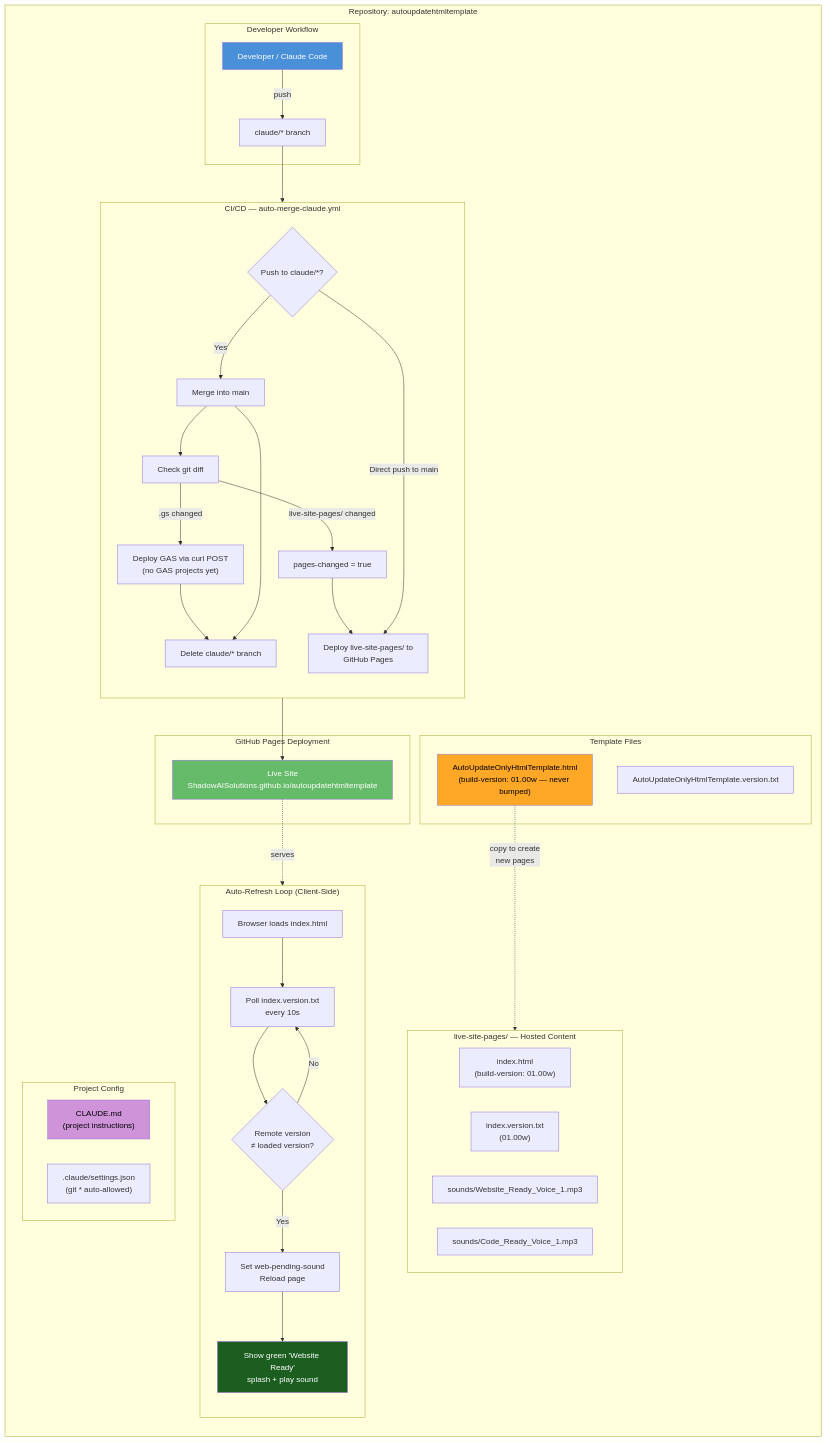
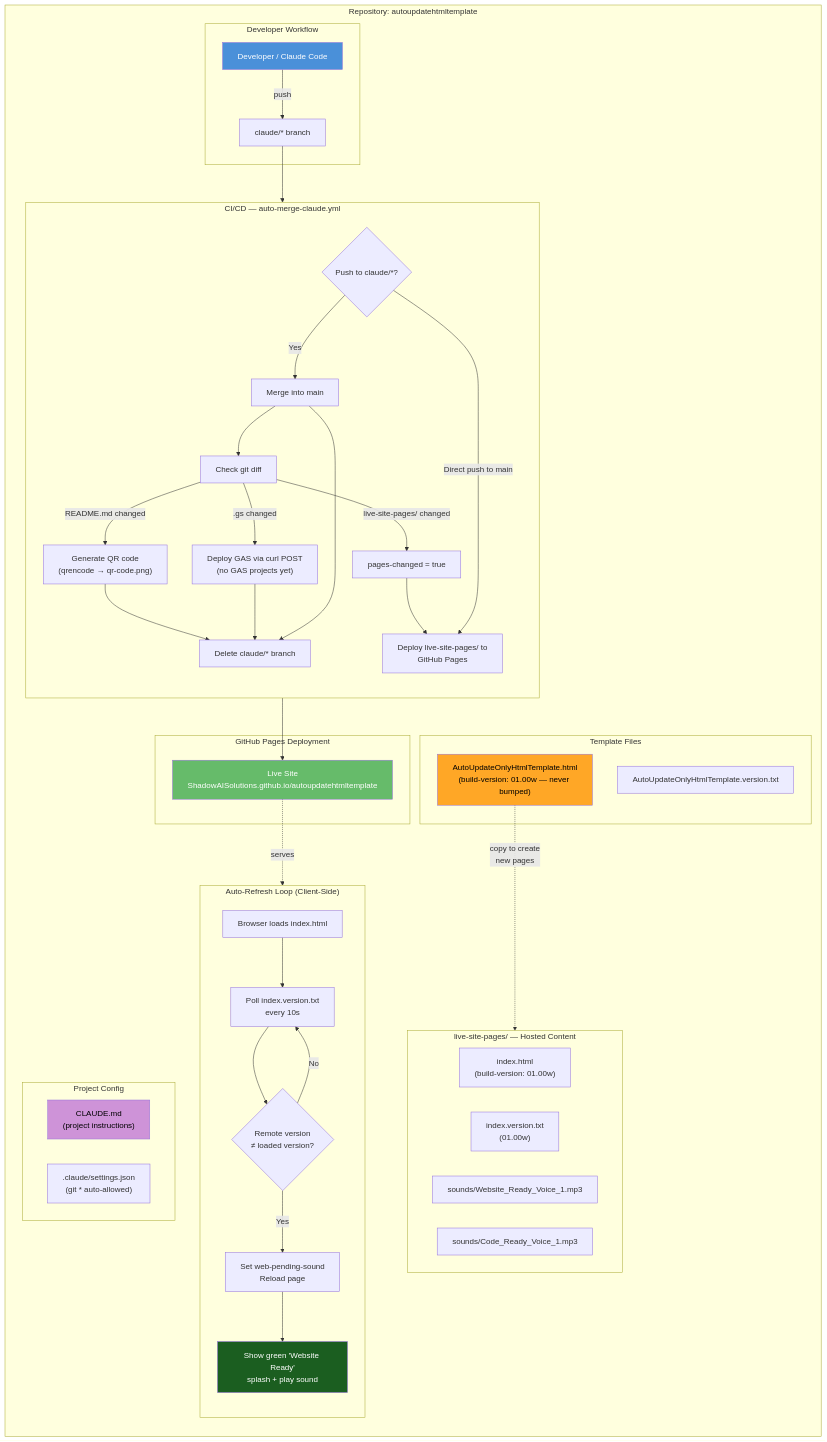
The diagram in repository-information/ARCHITECTURE.md (ShadowAISolutions/htmltemplateautoupdate), drawn with Mermaid before and after one commit. The commit also changed 3 other files, not shown here.

````diff
--- a/repository-information/ARCHITECTURE.md
+++ b/repository-information/ARCHITECTURE.md
@@ -3,73 +3,75 @@
 ```mermaid
 graph TB
     subgraph "Repository: autoupdatehtmltemplate"
         direction TB
 
         subgraph "Developer Workflow"
             DEV["Developer / Claude Code"]
             CB["claude/* branch"]
             DEV -->|"push"| CB
         end
 
         subgraph "CI/CD — auto-merge-claude.yml"
             direction TB
             TRIGGER{"Push to claude/*?"}
             CB --> TRIGGER
             TRIGGER -->|Yes| MERGE["Merge into main"]
             MERGE --> DIFF["Check git diff"]
             DIFF -->|"live-site-pages/ changed"| PAGES_FLAG["pages-changed = true"]
             DIFF -->|".gs changed"| GAS_DEPLOY["Deploy GAS via curl POST\n(no GAS projects yet)"]
+            DIFF -->|"README.md changed"| QR_GEN["Generate QR code\n(qrencode → qr-code.png)"]
+            QR_GEN --> DELETE_BR
             GAS_DEPLOY --> DELETE_BR
             MERGE --> DELETE_BR["Delete claude/* branch"]
             PAGES_FLAG --> DEPLOY_PAGES
             TRIGGER -->|"Direct push to main"| DEPLOY_PAGES
         end
 
         subgraph "GitHub Pages Deployment"
             DEPLOY_PAGES["Deploy live-site-pages/ to\nGitHub Pages"]
             LIVE["Live Site\nShadowAISolutions.github.io/autoupdatehtmltemplate"]
             DEPLOY_PAGES --> LIVE
         end
 
         subgraph "live-site-pages/ — Hosted Content"
             direction LR
             INDEX["index.html\n(build-version: 01.00w)"]
             VERTXT["index.version.txt\n(01.00w)"]
             SND1["sounds/Website_Ready_Voice_1.mp3"]
             SND2["sounds/Code_Ready_Voice_1.mp3"]
         end
 
         subgraph "Auto-Refresh Loop (Client-Side)"
             direction TB
             BROWSER["Browser loads index.html"]
             POLL["Poll index.version.txt\nevery 10s"]
             COMPARE{"Remote version\n≠ loaded version?"}
             RELOAD["Set web-pending-sound\nReload page"]
             SPLASH["Show green 'Website Ready'\nsplash + play sound"]
             BROWSER --> POLL
             POLL --> COMPARE
             COMPARE -->|Yes| RELOAD
             RELOAD --> SPLASH
             COMPARE -->|No| POLL
         end
 
         subgraph "Template Files"
             TPL["AutoUpdateOnlyHtmlTemplate.html\n(build-version: 01.00w — never bumped)"]
             TPL_VER["AutoUpdateOnlyHtmlTemplate.version.txt"]
         end
 
         subgraph "Project Config"
             CLAUDE_MD["CLAUDE.md\n(project instructions)"]
             SETTINGS[".claude/settings.json\n(git * auto-allowed)"]
         end
     end
 
     TPL -.->|"copy to create\nnew pages"| INDEX
     LIVE -.->|"serves"| BROWSER
 
     style DEV fill:#4a90d9,color:#fff
     style LIVE fill:#66bb6a,color:#fff
     style SPLASH fill:#1b5e20,color:#fff
     style TPL fill:#ffa726,color:#000
     style CLAUDE_MD fill:#ce93d8,color:#000
 ```
````
